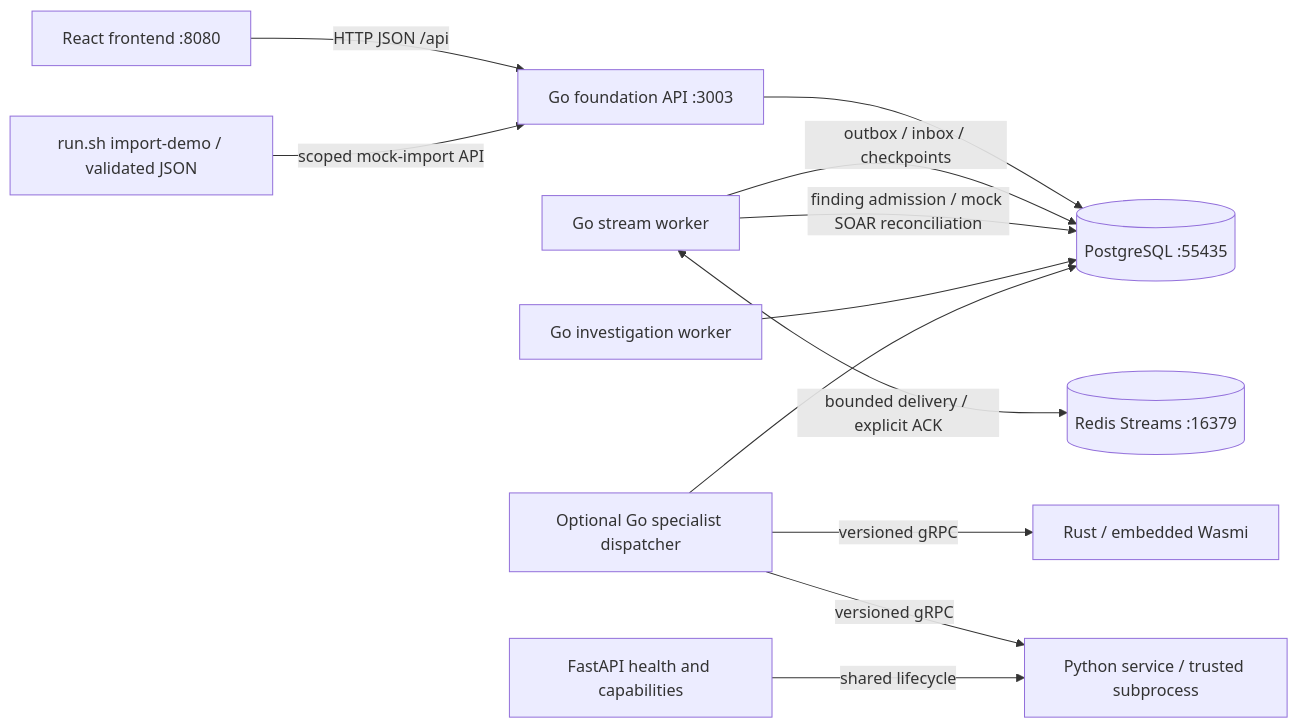
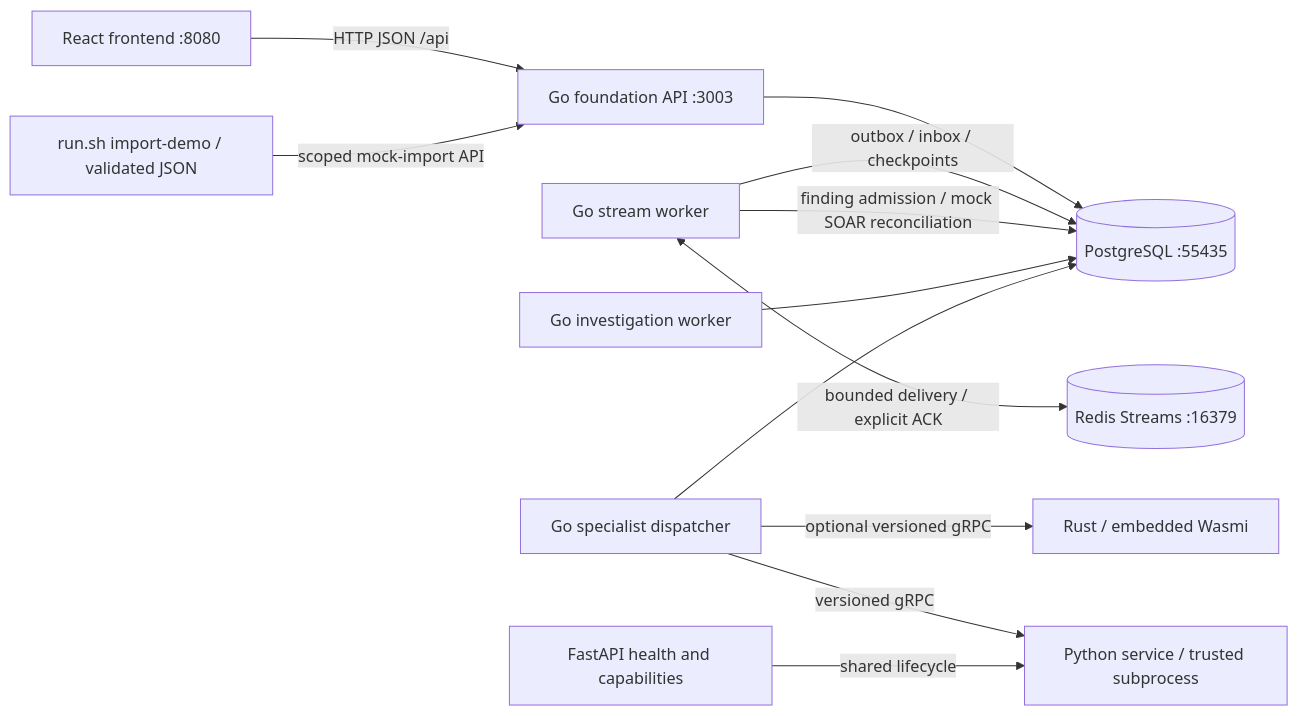
The first of 2 diagrams in docs/ARCHITECTURE.md (senthilnathang/aisoc), drawn with Mermaid before and after one commit. The commit also changed other lines of this file and 4 other files, not shown here.

````diff
--- a/docs/ARCHITECTURE.md
+++ b/docs/ARCHITECTURE.md
@@ -6,14 +6,14 @@
 ```mermaid
 flowchart LR
   UI[React frontend :8080] -->|HTTP JSON /api| API[Go foundation API :3003]
   CLI[run.sh import-demo / validated JSON] -->|scoped mock-import API| API
   API --> PG[(PostgreSQL :55435)]
   Stream[Go stream worker] -->|outbox / inbox / checkpoints| PG
   Stream <-->|bounded delivery / explicit ACK| Redis[(Redis Streams :16379)]
   Stream -->|finding admission / mock SOAR reconciliation| PG
   IW[Go investigation worker] --> PG
-  SW[Optional Go specialist dispatcher] --> PG
-  SW -->|versioned gRPC| Rust[Rust / embedded Wasmi]
+  SW[Go specialist dispatcher] --> PG
+  SW -->|optional versioned gRPC| Rust[Rust / embedded Wasmi]
   SW -->|versioned gRPC| Python[Python service / trusted subprocess]
   HTTP[FastAPI health and capabilities] -->|shared lifecycle| Python
 ```
````
